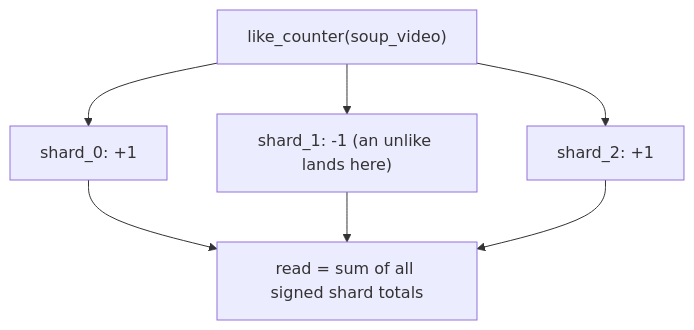
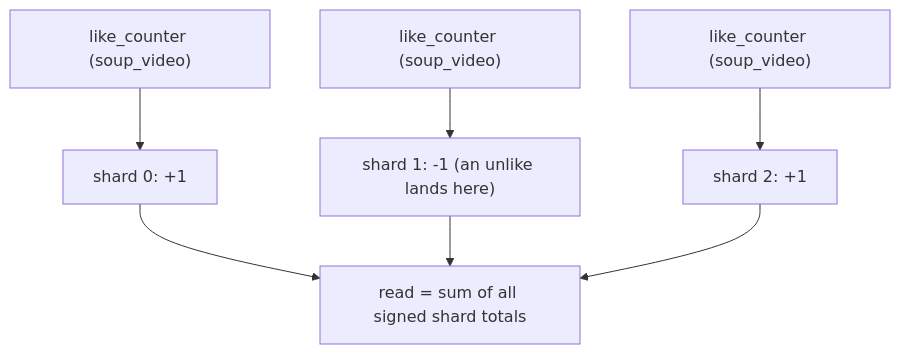
The seventh of 12 diagrams in system-design/HLD/0-course/24-Sharded-Counters-FAANG-Guide-story.md (riyaz-pasha/Learnings), drawn with Mermaid before and after one commit. The commit also changed other lines of this file and 1 other file, not shown here.

````diff
--- a/system-design/HLD/0-course/24-Sharded-Counters-FAANG-Guide-story.md
+++ b/system-design/HLD/0-course/24-Sharded-Counters-FAANG-Guide-story.md
@@ -165,9 +285,9 @@
 ```mermaid
 flowchart TD
-    L["like_counter(soup_video)"] --> S0["shard_0: +1"]
-    L --> S1["shard_1: -1 (an unlike lands here)"]
-    L --> S2["shard_2: +1"]
+    L1["like_counter (soup_video)"] --> S0["shard 0: +1"]
+    L2["like_counter (soup_video)"] --> S1["shard 1: -1 (an unlike lands here)"]
+    L3["like_counter (soup_video)"] --> S2["shard 2: +1"]
     S0 --> Sum["read = sum of all signed shard totals"]
     S1 --> Sum
     S2 --> Sum
 ```
````
